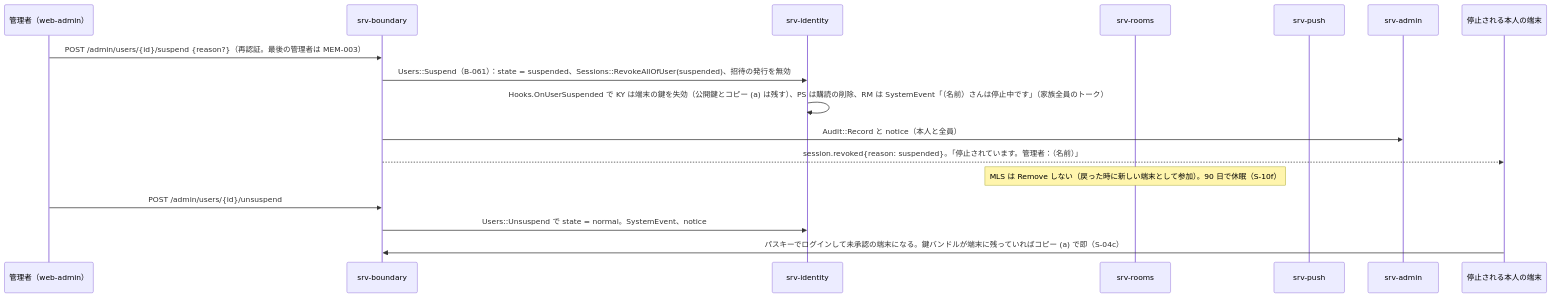
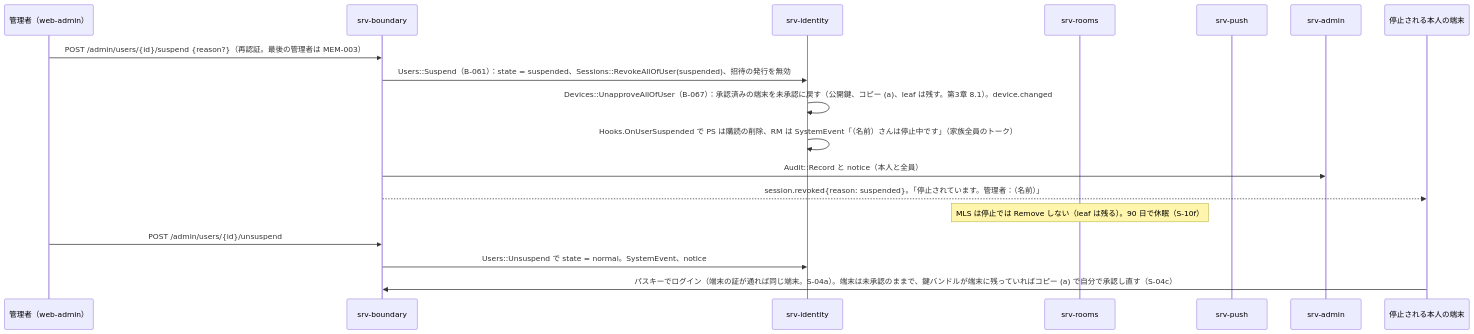
Before and after one commit to nrsd-ishikawasou/family-talk-pwa: the second of 6 diagrams in dev/docs/jp/シーケンス/10_構成の変化.md, drawn with Mermaid. The commit also changed 52 other files, not shown here.

````diff
--- a/dev/docs/jp/シーケンス/10_構成の変化.md
+++ b/dev/docs/jp/シーケンス/10_構成の変化.md
@@ -54,19 +54,20 @@
 ```mermaid
 sequenceDiagram
   participant A as 管理者（web-admin）
   participant BD as srv-boundary
   participant ID as srv-identity
   participant RM as srv-rooms
   participant PS as srv-push
   participant AD as srv-admin
   participant T as 停止される本人の端末
   A->>BD: POST /admin/users/{id}/suspend {reason?}（再認証。最後の管理者は MEM-003）
   BD->>ID: Users::Suspend（B-061）：state = suspended、Sessions::RevokeAllOfUser(suspended)、招待の発行を無効
-  ID->>ID: Hooks.OnUserSuspended で KY は端末の鍵を失効（公開鍵とコピー (a) は残す）、PS は購読の削除、RM は SystemEvent「（名前）さんは停止中です」（家族全員のトーク）
+  ID->>ID: Devices::UnapproveAllOfUser（B-067）：承認済みの端末を未承認に戻す（公開鍵、コピー (a)、leaf は残す。第3章 8.1）。device.changed
+  ID->>ID: Hooks.OnUserSuspended で PS は購読の削除、RM は SystemEvent「（名前）さんは停止中です」（家族全員のトーク）
   BD->>AD: Audit::Record と notice（本人と全員）
   BD-->>T: session.revoked{reason: suspended}。「停止されています。管理者：（名前）」
-  Note over RM: MLS は Remove しない（戻った時に新しい端末として参加）。90 日で休眠（S-10f）
+  Note over RM: MLS は停止では Remove しない（leaf は残る）。90 日で休眠（S-10f）
   A->>BD: POST /admin/users/{id}/unsuspend
   BD->>ID: Users::Unsuspend で state = normal。SystemEvent、notice
-  T->>BD: パスキーでログインして未承認の端末になる。鍵バンドルが端末に残っていればコピー (a) で即（S-04c）
+  T->>BD: パスキーでログイン（端末の証が通れば同じ端末。S-04a）。端末は未承認のままで、鍵バンドルが端末に残っていればコピー (a) で自分で承認し直す（S-04c）
 ```
````
